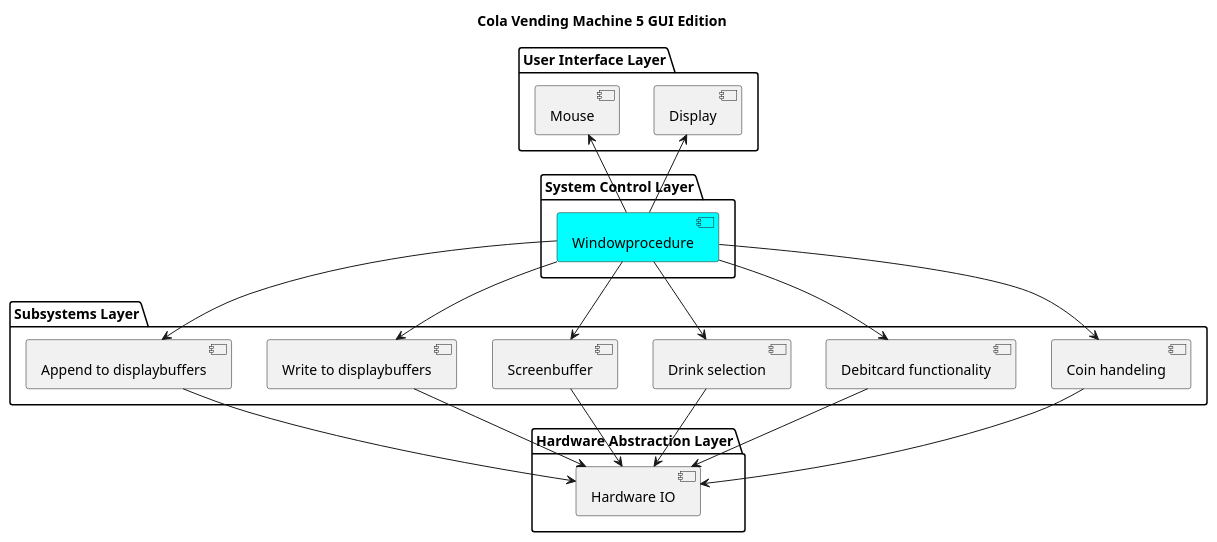
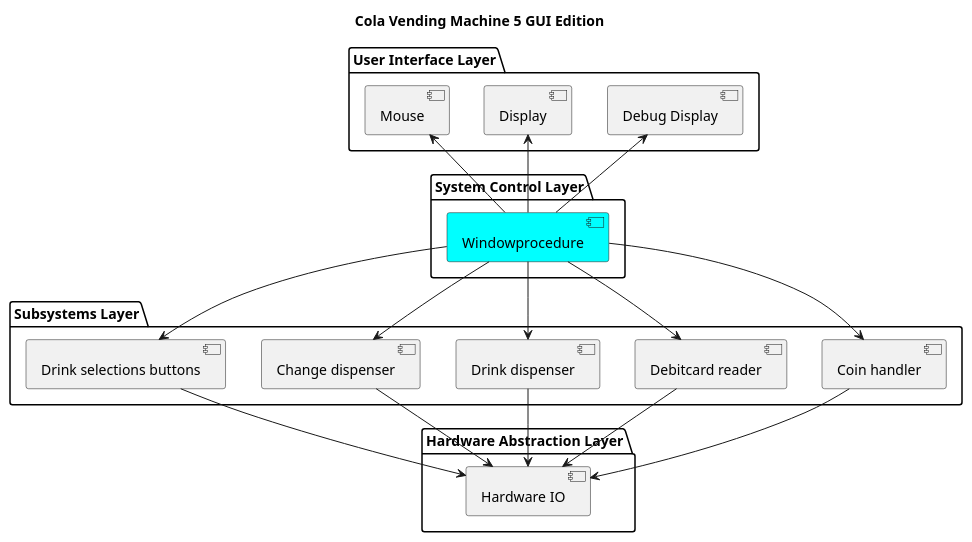
The diagram in PUML/ColaVendingMachine-5-layer.puml (CupOfEspresso/ColaVendingMachine-5), drawn with PlantUML before and after one commit. The commit also changed 18 other files, not shown here.

```diff
--- a/PUML/ColaVendingMachine-5-layer.puml
+++ b/PUML/ColaVendingMachine-5-layer.puml
@@ -1,44 +1,43 @@
 @startuml
 
 title Cola Vending Machine 5 GUI Edition
 
 package "User Interface Layer" {
     [Display]
+    [Debug Display]
     [Mouse]
 }
 
 package "System Control Layer" {
     [Windowprocedure] #Cyan
 }
 
 package "Subsystems Layer" {
-    [Coin handeling]
-    [Debitcard functionality]
-    [Drink selection]
-    [Screenbuffer]
-    [Write to displaybuffers]
-    [Append to displaybuffers]
+    [Coin handler]
+    [Debitcard reader]
+    [Drink dispenser]
+    [Change dispenser]
+    [Drink selections buttons]
 }
 
 package "Hardware Abstraction Layer" {
     [Hardware IO]
 }
 
 [Windowprocedure] -up-> [Mouse]
 [Windowprocedure] -up-> [Display]
+[Windowprocedure] -up-> [Debug Display]
 
-[Windowprocedure] -down-> [Coin handeling]
-[Windowprocedure] -down-> [Debitcard functionality]
-[Windowprocedure] -down-> [Drink selection]
-[Windowprocedure] -down-> [Screenbuffer]
-[Windowprocedure] -down-> [Write to displaybuffers]
-[Windowprocedure] -down-> [Append to displaybuffers]
+[Windowprocedure] -down-> [Coin handler]
+[Windowprocedure] -down-> [Debitcard reader]
+[Windowprocedure] -down-> [Drink dispenser]
+[Windowprocedure] -down-> [Change dispenser]
+[Windowprocedure] -down-> [Drink selections buttons]
 
-[Coin handeling] -down-> [Hardware IO]
-[Debitcard functionality] -down-> [Hardware IO]
-[Drink selection] -down-> [Hardware IO]
-[Screenbuffer] -down-> [Hardware IO]
-[Write to displaybuffers] -down-> [Hardware IO]
-[Append to displaybuffers] -down-> [Hardware IO]
+[Coin handler] -down-> [Hardware IO]
+[Debitcard reader] -down-> [Hardware IO]
+[Drink dispenser] -down-> [Hardware IO]
+[Change dispenser] -down-> [Hardware IO]
+[Drink selections buttons] -down-> [Hardware IO]
 
 @enduml
```
